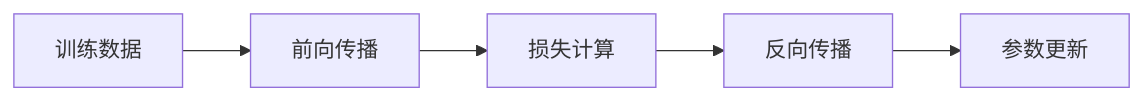
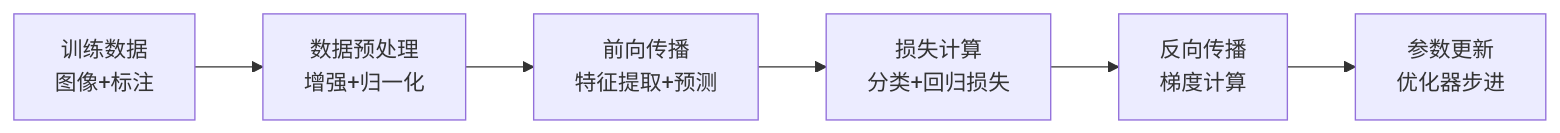
One commit to yyq19990828/CV-Study-Notes changed the second of 2 diagrams in .claude/commands/generate-tech-report.md. Above: the diagram before and after it, drawn with Mermaid. The commit also changed other lines of this file and 8 other files, not shown here.

````diff
--- a/.claude/commands/generate-tech-report.md
+++ b/.claude/commands/generate-tech-report.md
@@ -134,7 +230,8 @@
 ```mermaid
 graph LR
-    Data["训练数据"] --> Forward["前向传播"]
-    Forward --> Loss["损失计算"]
-    Loss --> Backward["反向传播"]
-    Backward --> Update["参数更新"]
+    Data["训练数据<br/>图像+标注"] --> Preprocessing["数据预处理<br/>增强+归一化"]
+    Preprocessing --> Forward["前向传播<br/>特征提取+预测"]
+    Forward --> Loss["损失计算<br/>分类+回归损失"]
+    Loss --> Backward["反向传播<br/>梯度计算"]
+    Backward --> Update["参数更新<br/>优化器步进"]
 ```
````
